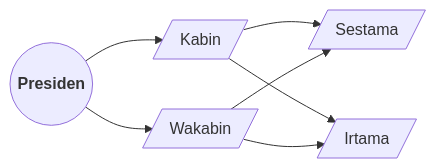
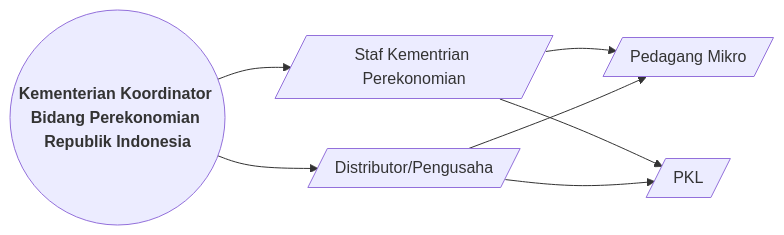
One commit to CyberianRonin/lecture-notes changed the diagram in content/notes/hello-world.md. Above: the diagram before and after it, drawn with Mermaid. The commit also changed other lines of this file, not shown here.

```diff
--- a/content/notes/hello-world.md
+++ b/content/notes/hello-world.md
@@ -98,9 +97,9 @@
 {{< mermaid >}}
 flowchart LR
   B--> I & P --> O & E
-  B(("<b>Presiden</b>"))
-  I[/"Kabin"/]
-  P[/"Wakabin"/]
-  O[/"Sestama"/]
-  E[/"Irtama"/]
+  B(("<b>Kementerian Koordinator Bidang Perekonomian Republik Indonesia</b>"))
+  I[/"Staf Kementrian Perekonomian"/]
+  P[/"Distributor/Pengusaha"/]
+  O[/"Pedagang Mikro"/]
+  E[/"PKL"/]
 {{< /mermaid >}}
```
